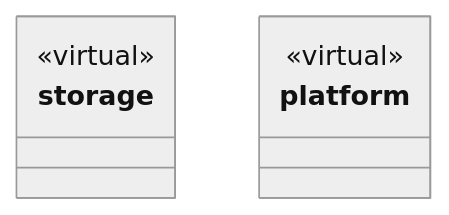
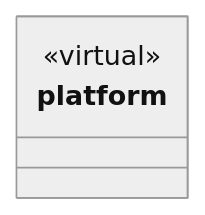
The second of 2 diagrams in src/logic/execution/ARCHITECTURE.md (nan023062/cbim), drawn with Mermaid (neutral theme) before and after one commit. The commit also changed other lines of this file and 480 other files, not shown here.

````diff
--- a/src/logic/execution/ARCHITECTURE.md
+++ b/src/logic/execution/ARCHITECTURE.md
@@ -59,11 +58,7 @@
 ```mermaid
 classDiagram
-class N_60848e8bac6e["storage"] {
-  <<virtual>>
-}
-click N_60848e8bac6e href "storage/ARCHITECTURE.md"
 class N_dd1359259d68["platform"] {
   <<virtual>>
 }
 click N_dd1359259d68 href "platform/ARCHITECTURE.md"
 ```
````
